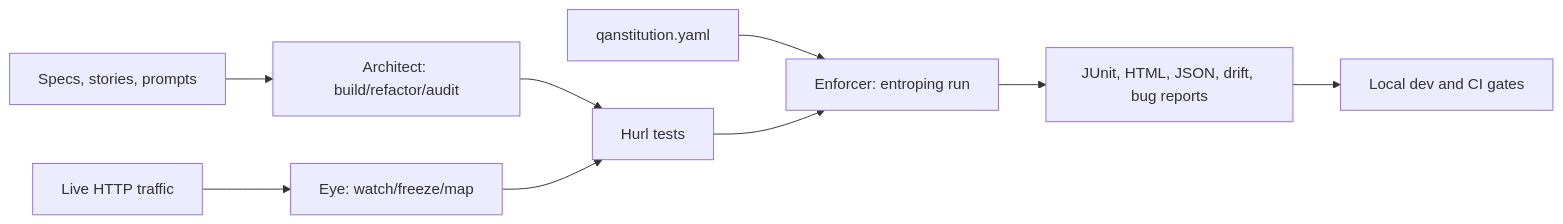
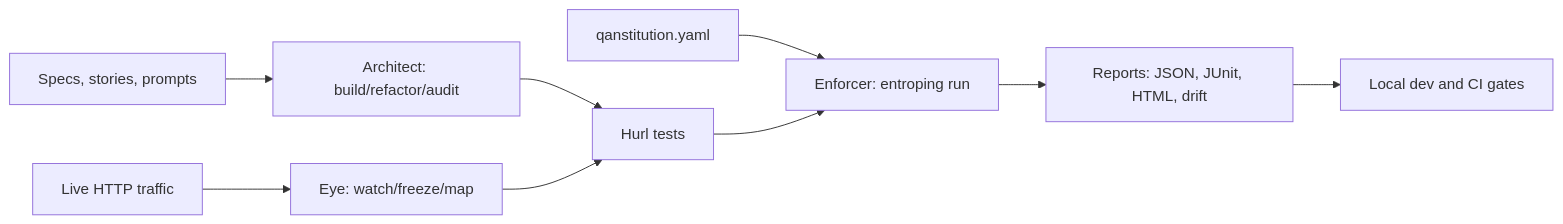
The first of 2 diagrams in README.md (sakibshuvo/Entroping), drawn with Mermaid before and after one commit. The commit also changed other lines of this file and 5 other files, not shown here.

````diff
--- a/README.md
+++ b/README.md
@@ -25,11 +79,11 @@
 ```mermaid
 flowchart LR
   Intent["Specs, stories, prompts"] --> Architect["Architect: build/refactor/audit"]
   Traffic["Live HTTP traffic"] --> Eye["Eye: watch/freeze/map"]
   Architect --> Tests["Hurl tests"]
   Eye --> Tests
   Law["qanstitution.yaml"] --> Enforcer["Enforcer: entroping run"]
   Tests --> Enforcer
-  Enforcer --> Reports["JUnit, HTML, JSON, drift, bug reports"]
+  Enforcer --> Reports["Reports: JSON, JUnit, HTML, drift"]
   Reports --> CI["Local dev and CI gates"]
 ```
````
